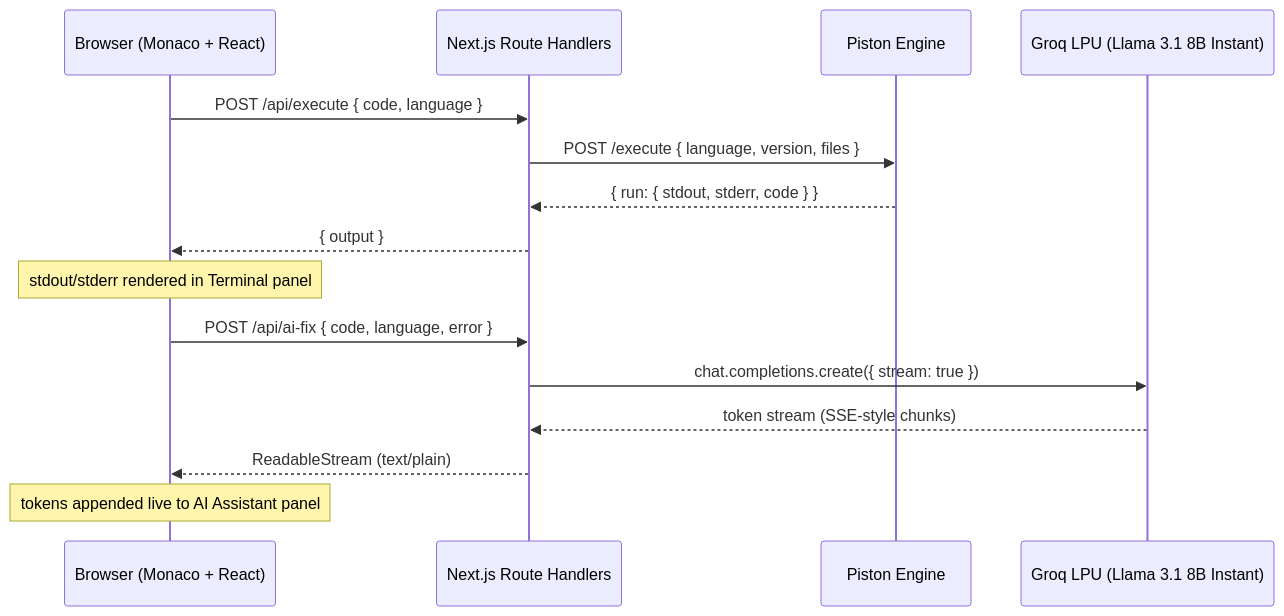
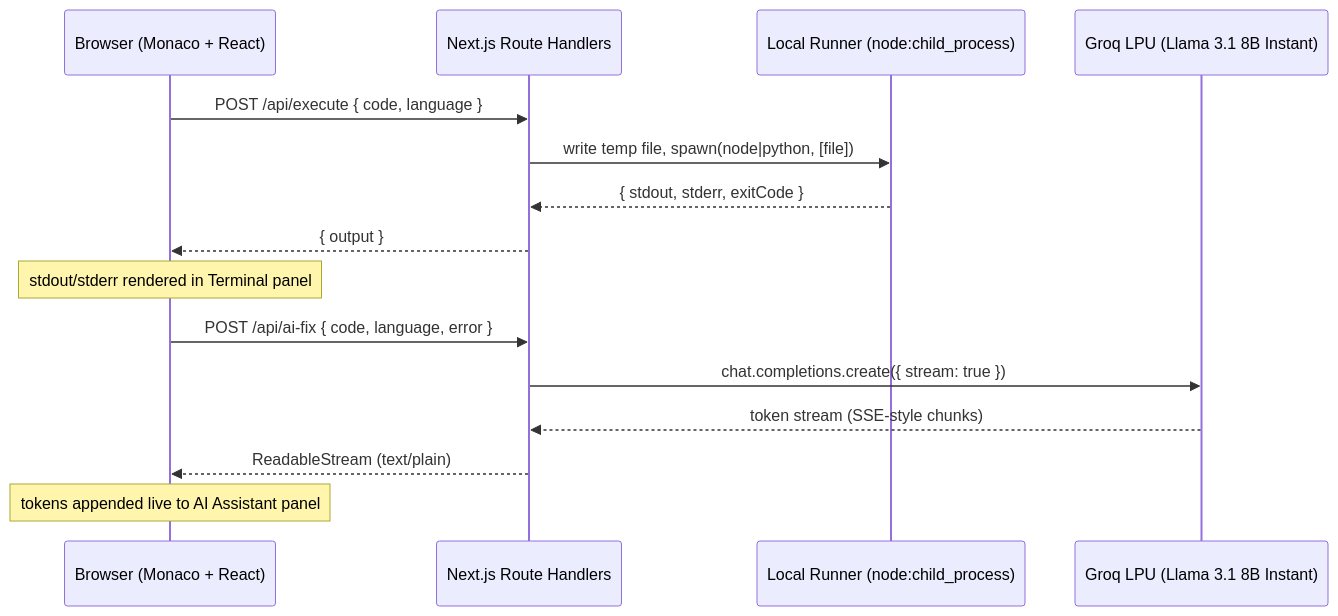
The diagram in README.md (roobie001/HackRepl), drawn with Mermaid before and after one commit. The commit also changed other lines of this file and 4 other files, not shown here.

````diff
--- a/README.md
+++ b/README.md
@@ -33,19 +33,19 @@
 ```mermaid
 sequenceDiagram
     participant U as Browser (Monaco + React)
     participant N as Next.js Route Handlers
-    participant P as Piston Engine
+    participant L as Local Runner (node:child_process)
     participant G as Groq LPU (Llama 3.1 8B Instant)
 
     U->>N: POST /api/execute { code, language }
-    N->>P: POST /execute { language, version, files }
-    P-->>N: { run: { stdout, stderr, code } }
+    N->>L: write temp file, spawn(node|python, [file])
+    L-->>N: { stdout, stderr, exitCode }
     N-->>U: { output }
     Note over U: stdout/stderr rendered in Terminal panel
 
     U->>N: POST /api/ai-fix { code, language, error }
     N->>G: chat.completions.create({ stream: true })
     G-->>N: token stream (SSE-style chunks)
     N-->>U: ReadableStream (text/plain)
     Note over U: tokens appended live to AI Assistant panel
 ```
````
